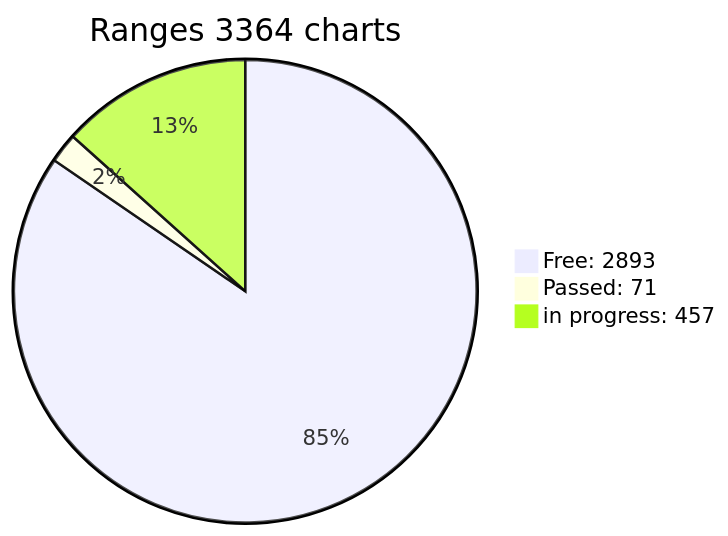
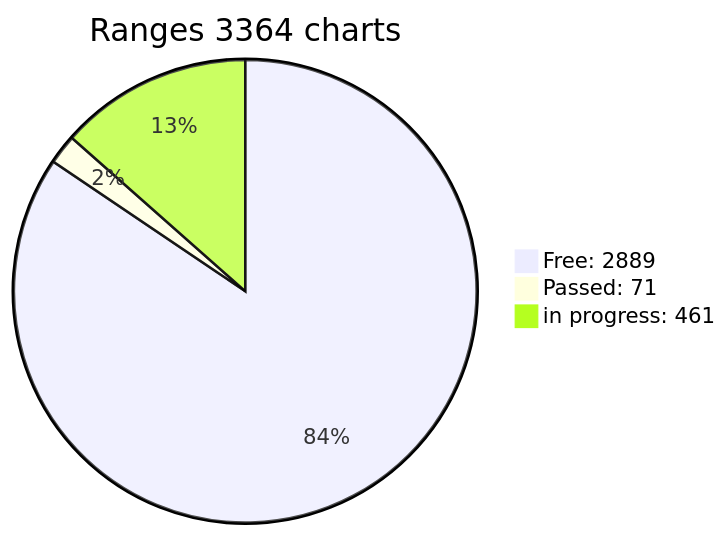
One commit to phrutis/wif500 changed the diagram in x64/Release/table.md. Above: the diagram before and after it, drawn with Mermaid. The commit also changed other lines of this file, not shown here.

````diff
--- a/x64/Release/table.md
+++ b/x64/Release/table.md
@@ -3,6 +3,6 @@
 ```mermaid
 pie title Ranges 3364 charts
-"Free: 2893" : 2893
+"Free: 2889" : 2889
 "Passed: 71" : 71
-"in progress: 457" : 457
+"in progress: 461" : 461
 ``` 
````
